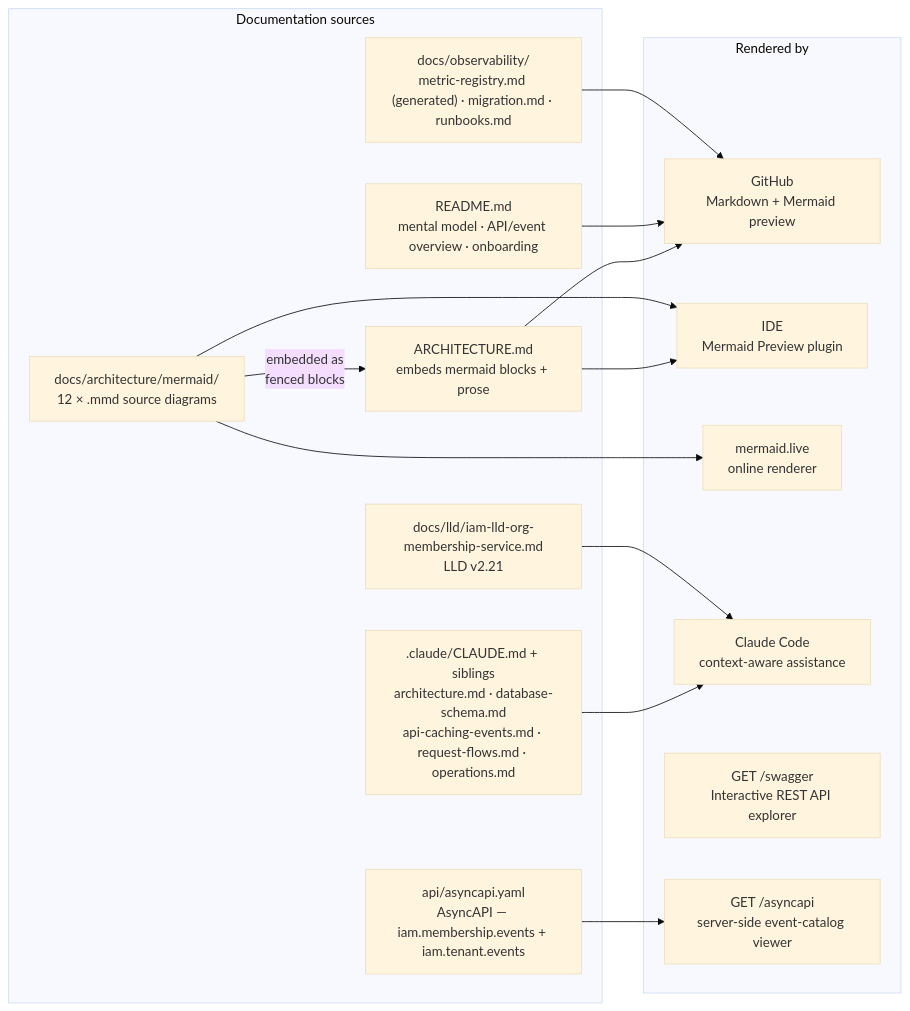
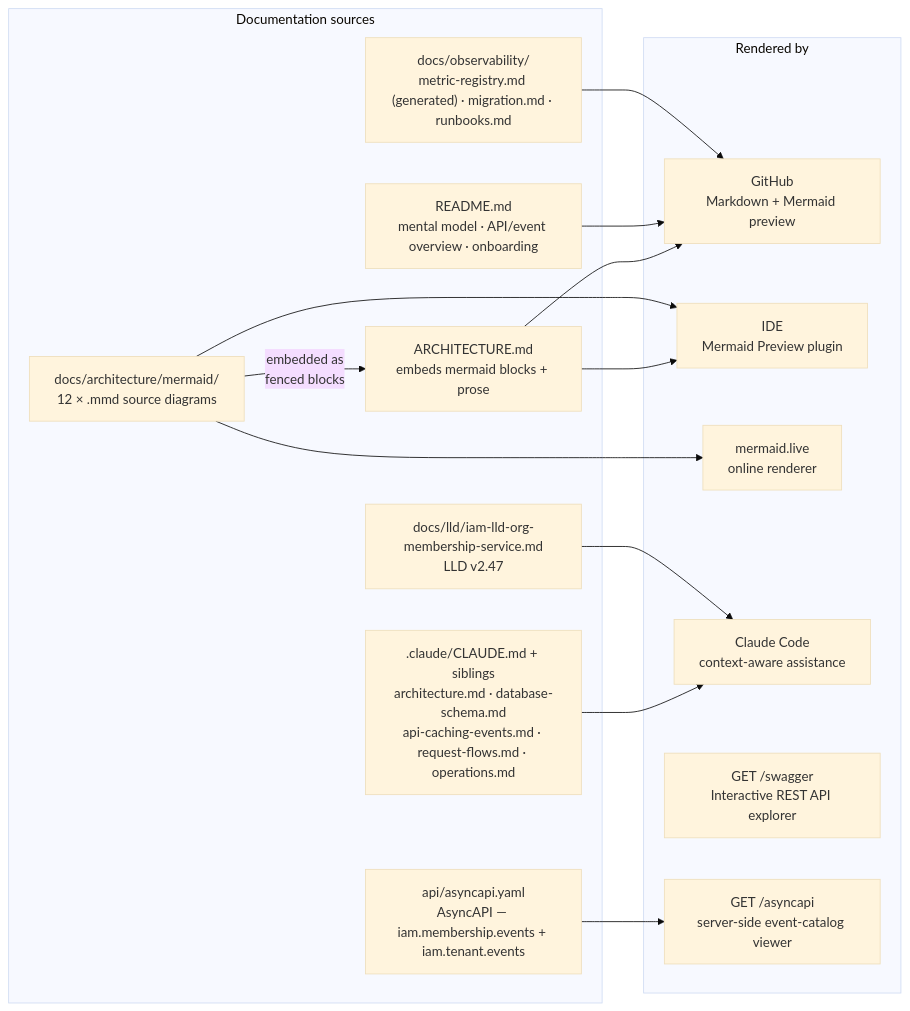
Diagram 13 of 13 in ARCHITECTURE.md (BCBP-SOLUTIONS-FZC-LLC/iam-org-membership), drawn with Mermaid (base theme) before and after one commit. The commit also changed other lines of this file and 66 other files, not shown here.

````diff
--- a/ARCHITECTURE.md
+++ b/ARCHITECTURE.md
@@ -1361,30 +1361,30 @@
 ```mermaid
 graph LR
     subgraph sources["Documentation sources"]
         mmd["docs/architecture/mermaid/\n12 × .mmd source diagrams"]
         arch["ARCHITECTURE.md\nembeds mermaid blocks + prose"]
         claude[".claude/CLAUDE.md + siblings\narchitecture.md · database-schema.md\napi-caching-events.md · request-flows.md · operations.md"]
         readme["README.md\nmental model · API/event overview · onboarding"]
         asyncapi_yaml["api/asyncapi.yaml\nAsyncAPI — iam.membership.events + iam.tenant.events"]
-        lld["docs/lld/iam-lld-org-membership-service.md\nLLD v2.21"]
+        lld["docs/lld/iam-lld-org-membership-service.md\nLLD v2.47"]
         obsdocs["docs/observability/\nmetric-registry.md (generated) · migration.md · runbooks.md"]
     end
 
     subgraph rendered["Rendered by"]
         github["GitHub\nMarkdown + Mermaid preview"]
         ide["IDE\nMermaid Preview plugin"]
         live["mermaid.live\nonline renderer"]
         claude_ai["Claude Code\ncontext-aware assistance"]
         swagger_viewer["GET /swagger\nInteractive REST API explorer"]
         asyncapi_viewer["GET /asyncapi\nserver-side event-catalog viewer"]
     end
 
     mmd  -->|"embedded as\nfenced blocks"| arch
     arch --> github & ide
     mmd  --> live & ide
     claude --> claude_ai
     readme --> github
     lld --> claude_ai
     obsdocs --> github
     asyncapi_yaml --> asyncapi_viewer
 ```
````
